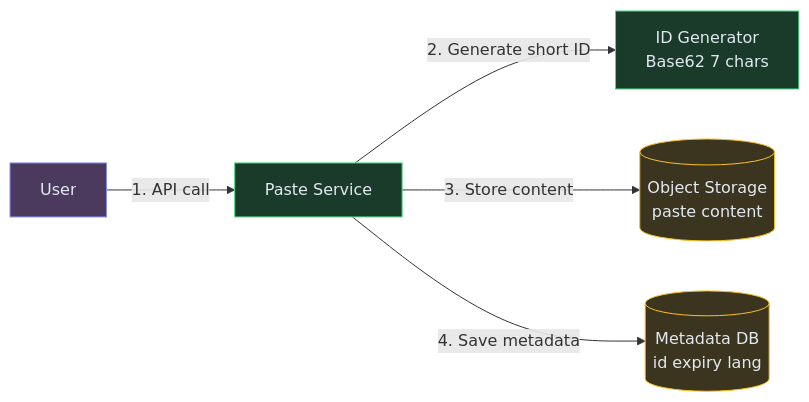
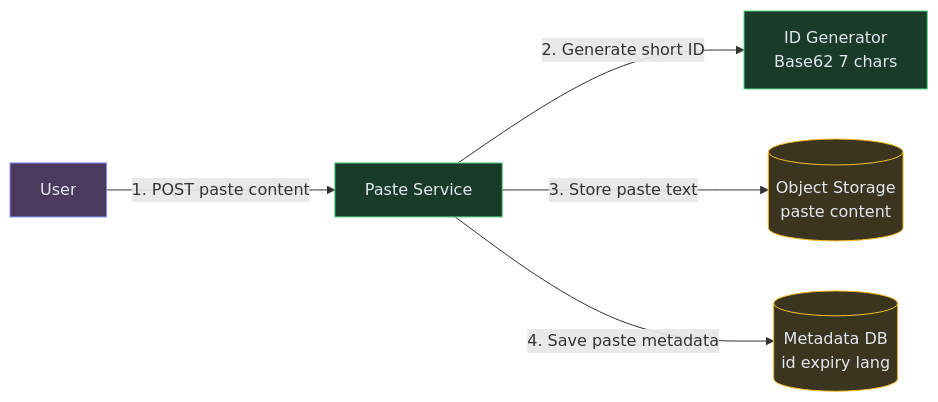
Before and after one commit to iluzn/HLD-Designs: the second of 7 diagrams in content/hld/Pastebin.md, drawn with Mermaid. The commit also changed other lines of this file and 27 other files, not shown here.

````diff
--- a/content/hld/Pastebin.md
+++ b/content/hld/Pastebin.md
@@ -157,17 +157,17 @@
 ```mermaid
 flowchart LR
     USER["User"]:::client
     API["Paste Service"]:::service
     ID["ID Generator<br/>Base62 7 chars"]:::service
     S3[("Object Storage<br/>paste content")]:::data
     META[("Metadata DB<br/>id expiry lang")]:::data
 
-    USER -->|"1. API call"| API
+    USER -->|"1. POST paste content"| API
     API -->|"2. Generate short ID"| ID
-    API -->|"3. Store content"| S3
-    API -->|"4. Save metadata"| META
+    API -->|"3. Store paste text"| S3
+    API -->|"4. Save paste metadata"| META
 
     classDef client fill:#4c3a5e,stroke:#818cf8,color:#e2e8f0
     classDef service fill:#1a3a2a,stroke:#4ade80,color:#e2e8f0
     classDef data fill:#3b3520,stroke:#fbbf24,color:#e2e8f0
 ```
````
